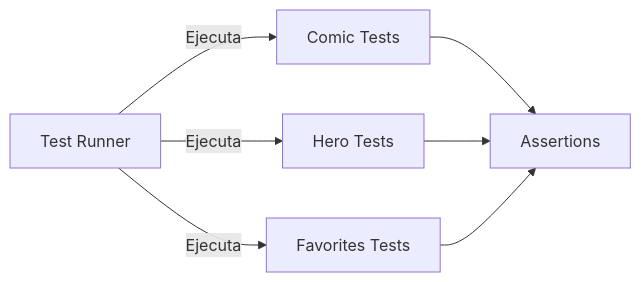
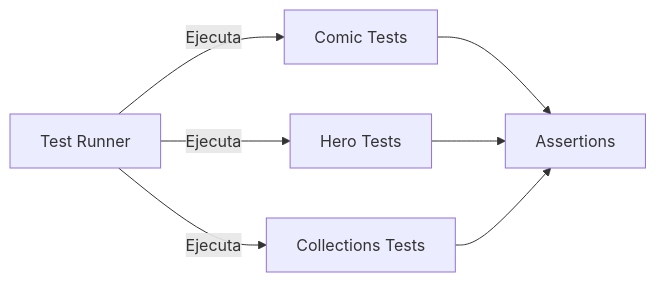
One commit to LuisEUM/programaci-n-web-UOC changed the fourth of 5 diagrams in README.md. Above: the diagram before and after it, drawn with Mermaid. The commit also changed other lines of this file and 28 other files, not shown here.

````diff
--- a/README.md
+++ b/README.md
@@ -191,9 +191,9 @@
 ```mermaid
 flowchart LR
 A[Test Runner] -->|Ejecuta| B[Comic Tests]
 A -->|Ejecuta| C[Hero Tests]
-A -->|Ejecuta| D[Favorites Tests]
+A -->|Ejecuta| D[Collections Tests]
 B --> E[Assertions]
 C --> E
 D --> E
 ```
````
